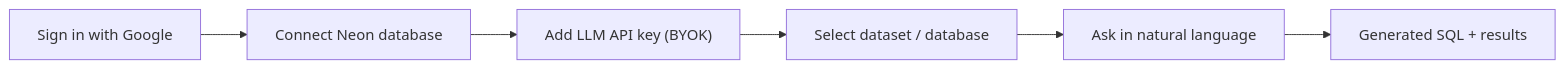
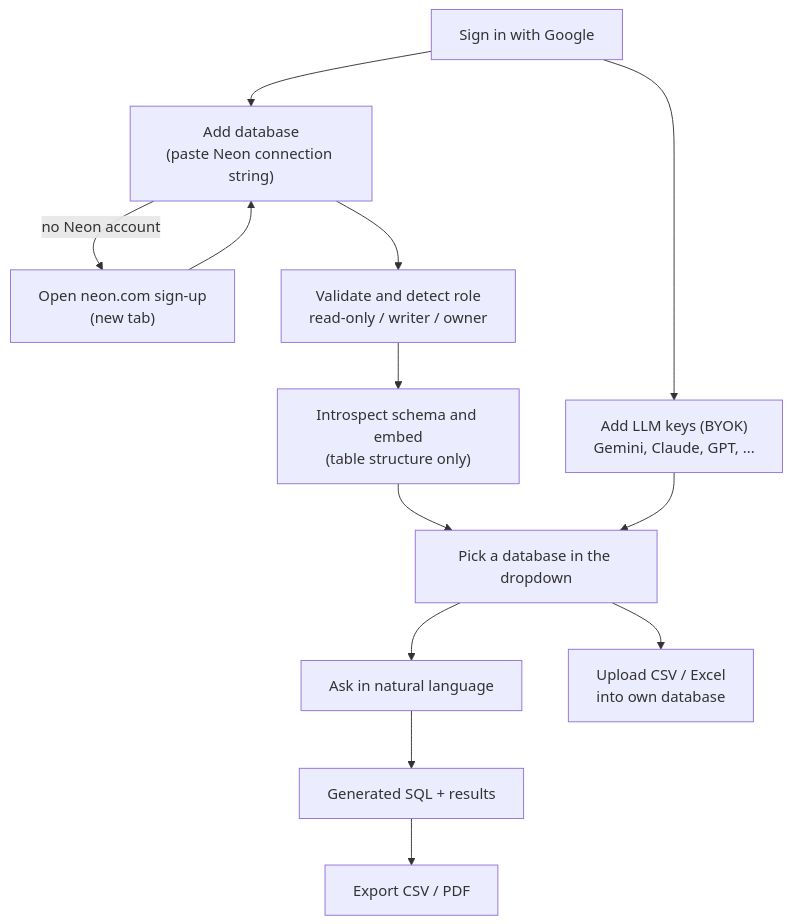
One commit to RHarish1/schemadrill changed the diagram in docs/roadmap.md. Above: the diagram before and after it, drawn with Mermaid. The commit also changed other lines of this file and 6 other files, not shown here.

First line of the commit message:
docs: revise roadmap for connection-string Neon flow, add wikis and solution design

````diff
--- a/docs/roadmap.md
+++ b/docs/roadmap.md
@@ -9,8 +11,14 @@
 ```mermaid
-flowchart LR
-    A[Sign in with Google] --> B[Connect Neon database]
-    B --> C["Add LLM API key (BYOK)"]
-    C --> D[Select dataset / database]
-    D --> E[Ask in natural language]
-    E --> F[Generated SQL + results]
+flowchart TD
+    A[Sign in with Google] --> B["Add database<br/>(paste Neon connection string)"]
+    B -- "no Neon account" --> N["Open neon.com sign-up<br/>(new tab)"] --> B
+    B --> V["Validate and detect role<br/>read-only / writer / owner"]
+    V --> S["Introspect schema and embed<br/>(table structure only)"]
+    A --> K["Add LLM keys (BYOK)<br/>Gemini, Claude, GPT, ..."]
+    S --> D[Pick a database in the dropdown]
+    K --> D
+    D --> Q[Ask in natural language]
+    Q --> R["Generated SQL + results"]
+    R --> X["Export CSV / PDF"]
+    D --> U["Upload CSV / Excel<br/>into own database"]
 ```
````
